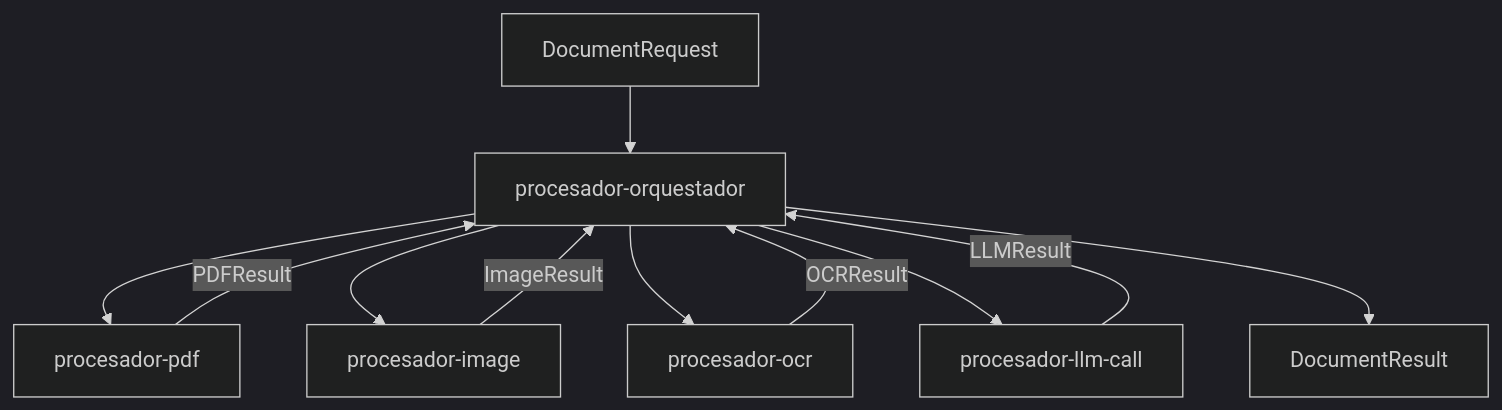
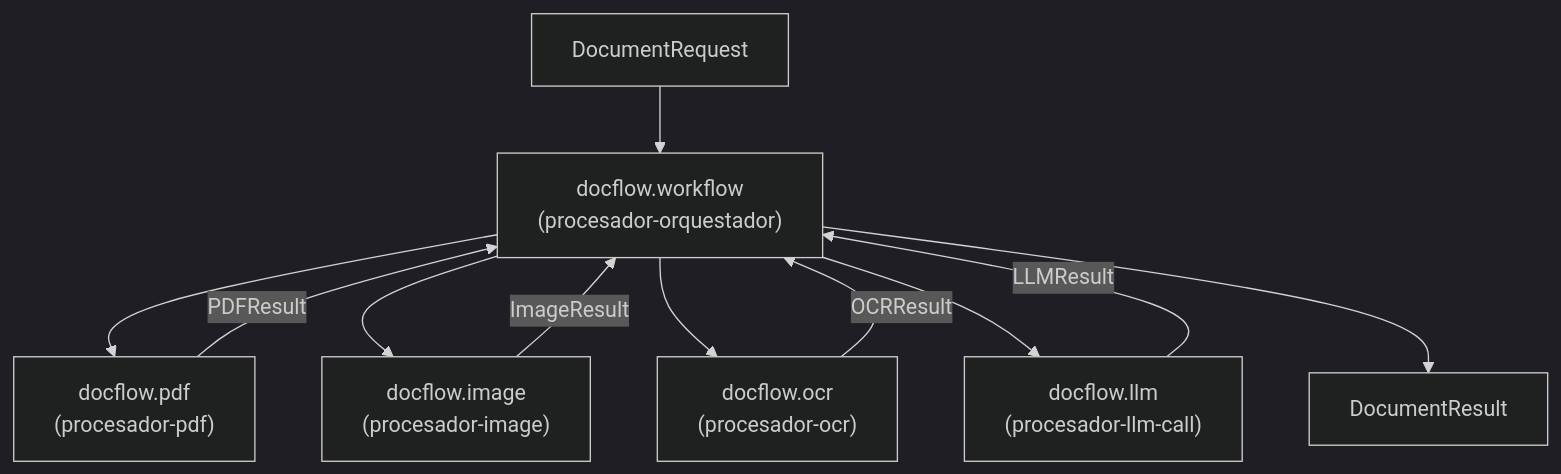
The first of 3 diagrams in docs/plan/README.md (mariogarcia-ar/docflow), drawn with Mermaid (dark theme) before and after one commit. The commit also changed other lines of this file, not shown here.

Commit message:
refactor: update workflow diagrams and processor naming to use 'docflow' prefix

````diff
--- a/docs/plan/README.md
+++ b/docs/plan/README.md
@@ -77,14 +77,14 @@
 ```mermaid
 flowchart TB
-    IN["DocumentRequest"] --> ORCH["procesador-orquestador"]
-    ORCH --> PDF["procesador-pdf"]
-    ORCH --> IMG["procesador-image"]
-    ORCH --> OCR["procesador-ocr"]
-    ORCH --> LLM["procesador-llm-call"]
+    IN["DocumentRequest"] --> ORCH["docflow.workflow<br/>(procesador-orquestador)"]
+    ORCH --> PDF["docflow.pdf<br/>(procesador-pdf)"]
+    ORCH --> IMG["docflow.image<br/>(procesador-image)"]
+    ORCH --> OCR["docflow.ocr<br/>(procesador-ocr)"]
+    ORCH --> LLM["docflow.llm<br/>(procesador-llm-call)"]
 
     PDF -- "PDFResult" --> ORCH
     IMG -- "ImageResult" --> ORCH
     OCR -- "OCRResult" --> ORCH
     LLM -- "LLMResult" --> ORCH
     ORCH --> OUT["DocumentResult"]
 ```
````
